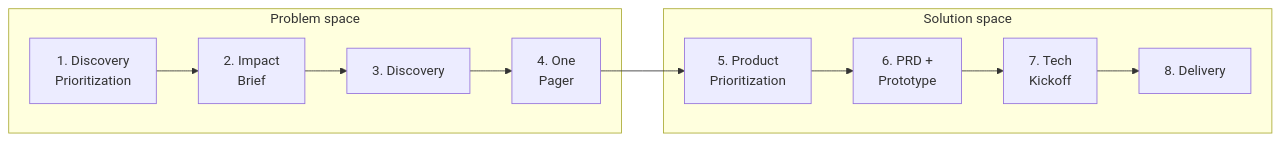
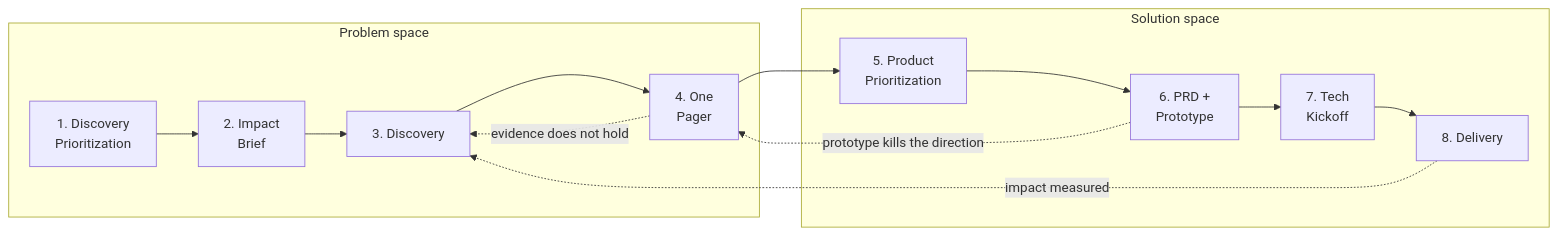
One commit to lukesw55/ai-pm-toolkit changed the first of 2 diagrams in README.md. Above: the diagram before and after it, drawn with Mermaid. The commit also changed other lines of this file and 1 other file, not shown here.

````diff
--- a/README.md
+++ b/README.md
@@ -54,10 +54,13 @@
 ```mermaid
 flowchart LR
     subgraph problem [Problem space]
         S1["1. Discovery<br/>Prioritization"] --> S2["2. Impact<br/>Brief"] --> S3["3. Discovery"] --> S4["4. One<br/>Pager"]
     end
     subgraph solution [Solution space]
         S5["5. Product<br/>Prioritization"] --> S6["6. PRD +<br/>Prototype"] --> S7["7. Tech<br/>Kickoff"] --> S8["8. Delivery"]
     end
     S4 --> S5
+    S4 -.->|evidence does not hold| S3
+    S6 -.->|prototype kills the direction| S4
+    S8 -.->|impact measured| S3
 ```
````
